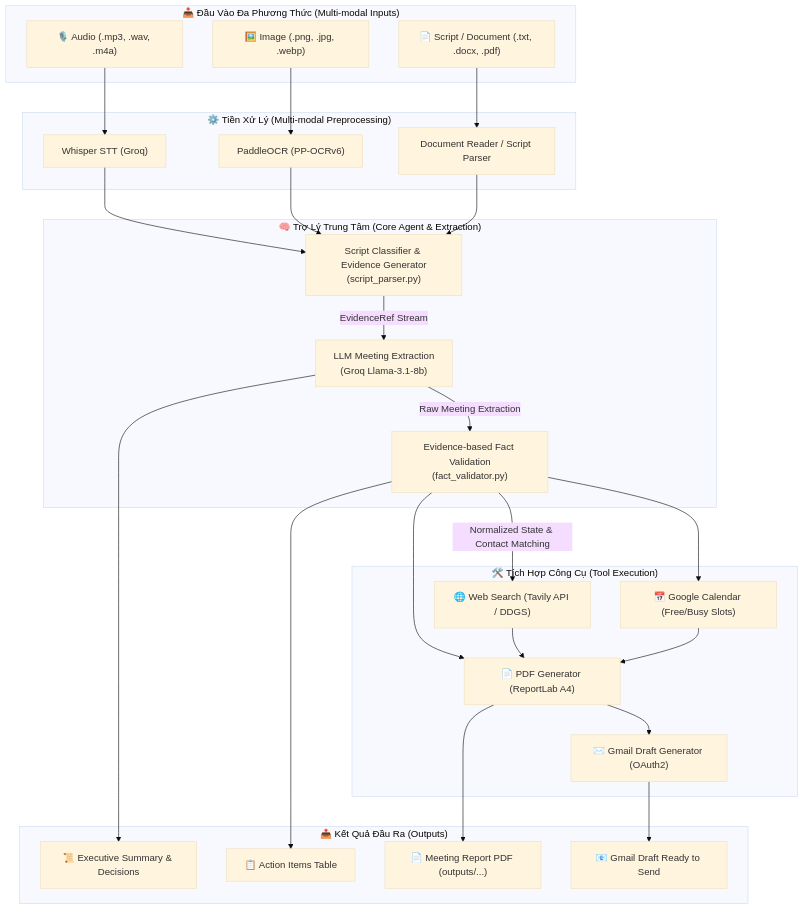
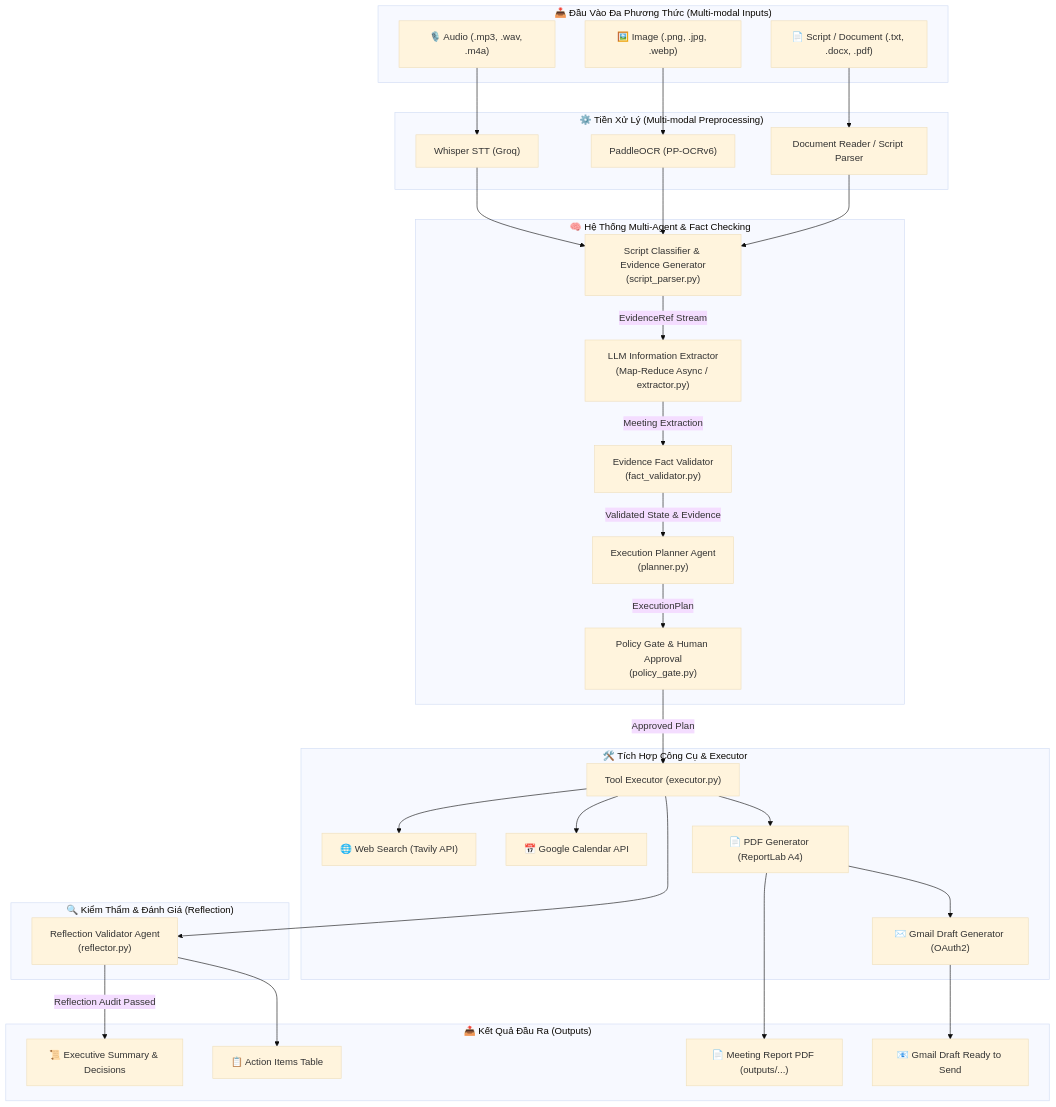
The first of 2 diagrams in README.md (tutran27/multimodal-meeting-assistant), drawn with Mermaid (base theme) before and after one commit. The commit also changed other lines of this file and 9 other files, not shown here.

Commit message:
feat: update readme, apply map-reduce in extractor, update colbert in compair evidence

````diff
--- a/README.md
+++ b/README.md
@@ -11,58 +13,67 @@
 ```mermaid
 flowchart TD
     subgraph Inputs ["📥 Đầu Vào Đa Phương Thức (Multi-modal Inputs)"]
         A1["🎙️ Audio (.mp3, .wav, .m4a)"]
         A2["🖼️ Image (.png, .jpg, .webp)"]
         A3["📄 Script / Document (.txt, .docx, .pdf)"]
     end
 
     subgraph Preprocessing ["⚙️ Tiền Xử Lý (Multi-modal Preprocessing)"]
         B1["Whisper STT (Groq)"]
         B2["PaddleOCR (PP-OCRv6)"]
         B3["Document Reader / Script Parser"]
     end
 
-    subgraph CoreAgent ["🧠 Trợ Lý Trung Tâm (Core Agent & Extraction)"]
+    subgraph Agents ["🧠 Hệ Thống Multi-Agent & Fact Checking"]
         C1["Script Classifier & Evidence Generator<br/>(script_parser.py)"]
-        C2["LLM Meeting Extraction<br/>(Groq Llama-3.1-8b)"]
-        C3["Evidence-based Fact Validation<br/>(fact_validator.py)"]
+        C2["LLM Information Extractor<br/>(Map-Reduce Async / extractor.py)"]
+        C3["Evidence Fact Validator<br/>(fact_validator.py)"]
+        C4["Execution Planner Agent<br/>(planner.py)"]
+        C5["Policy Gate & Human Approval<br/>(policy_gate.py)"]
     end
 
-    subgraph ToolIntegrations ["🛠️ Tích Hợp Công Cụ (Tool Execution)"]
-        D1["🌐 Web Search (Tavily API / DDGS)"]
-        D2["📅 Google Calendar (Free/Busy Slots)"]
+    subgraph ToolIntegrations ["🛠️ Tích Hợp Công Cụ & Executor"]
+        D0["Tool Executor (executor.py)"]
+        D1["🌐 Web Search (Tavily API)"]
+        D2["📅 Google Calendar API"]
         D3["📄 PDF Generator (ReportLab A4)"]
         D4["✉️ Gmail Draft Generator (OAuth2)"]
     end
 
+    subgraph Audit ["🔍 Kiểm Thẩm & Đánh Giá (Reflection)"]
+        E0["Reflection Validator Agent<br/>(reflector.py)"]
+    end
+
     subgraph Outputs ["📤 Kết Quả Đầu Ra (Outputs)"]
-        E1["📜 Executive Summary & Decisions"]
-        E2["📋 Action Items Table"]
-        E3["📄 Meeting Report PDF (outputs/...)"]
-        E4["📧 Gmail Draft Ready to Send"]
+        F1["📜 Executive Summary & Decisions"]
+        F2["📋 Action Items Table"]
+        F3["📄 Meeting Report PDF (outputs/...)"]
+        F4["📧 Gmail Draft Ready to Send"]
     end
 
     %% Pipeline Connections
     A1 --> B1
     A2 --> B2
     A3 --> B3
 
     B1 --> C1
     B2 --> C1
     B3 --> C1
 
     C1 -->|"EvidenceRef Stream"| C2
-    C2 -->|"Raw Meeting Extraction"| C3
-    C3 -->|"Normalized State & Contact Matching"| D1
-    C3 --> D2
+    C2 -->|"Meeting Extraction"| C3
+    C3 -->|"Validated State & Evidence"| C4
+    C4 -->|"ExecutionPlan"| C5
+    C5 -->|"Approved Plan"| D0
 
-    C3 --> D3
-    D1 --> D3
-    D2 --> D3
+    D0 --> D1
+    D0 --> D2
+    D0 --> D3
     D3 --> D4
 
-    D3 --> E3
-    D4 --> E4
-    C2 --> E1
-    C3 --> E2
+    D0 --> E0
+    E0 -->|"Reflection Audit Passed"| F1
+    E0 --> F2
+    D3 --> F3
+    D4 --> F4
 ```
````
